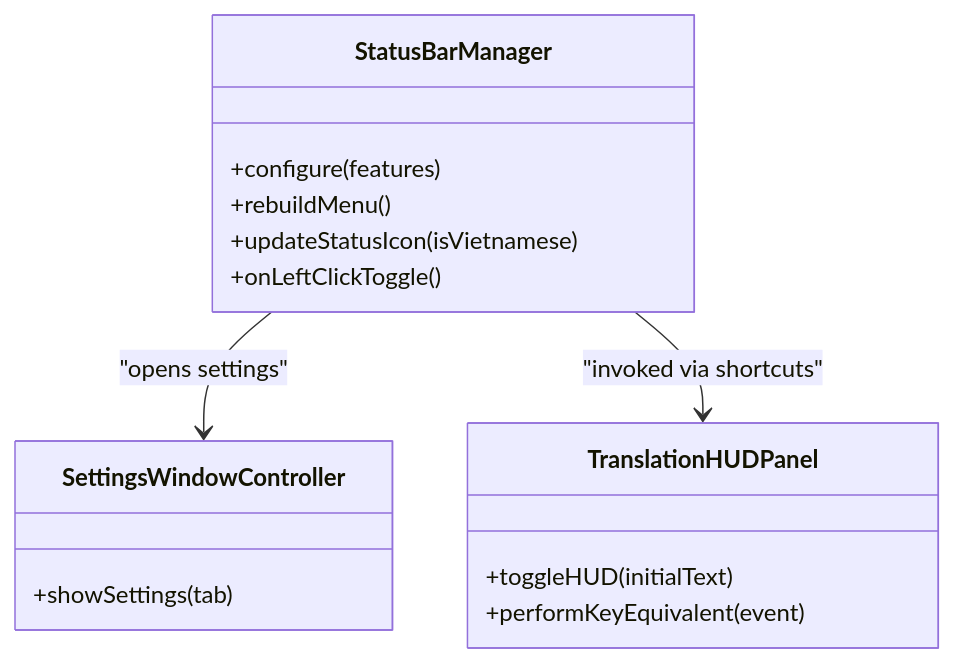
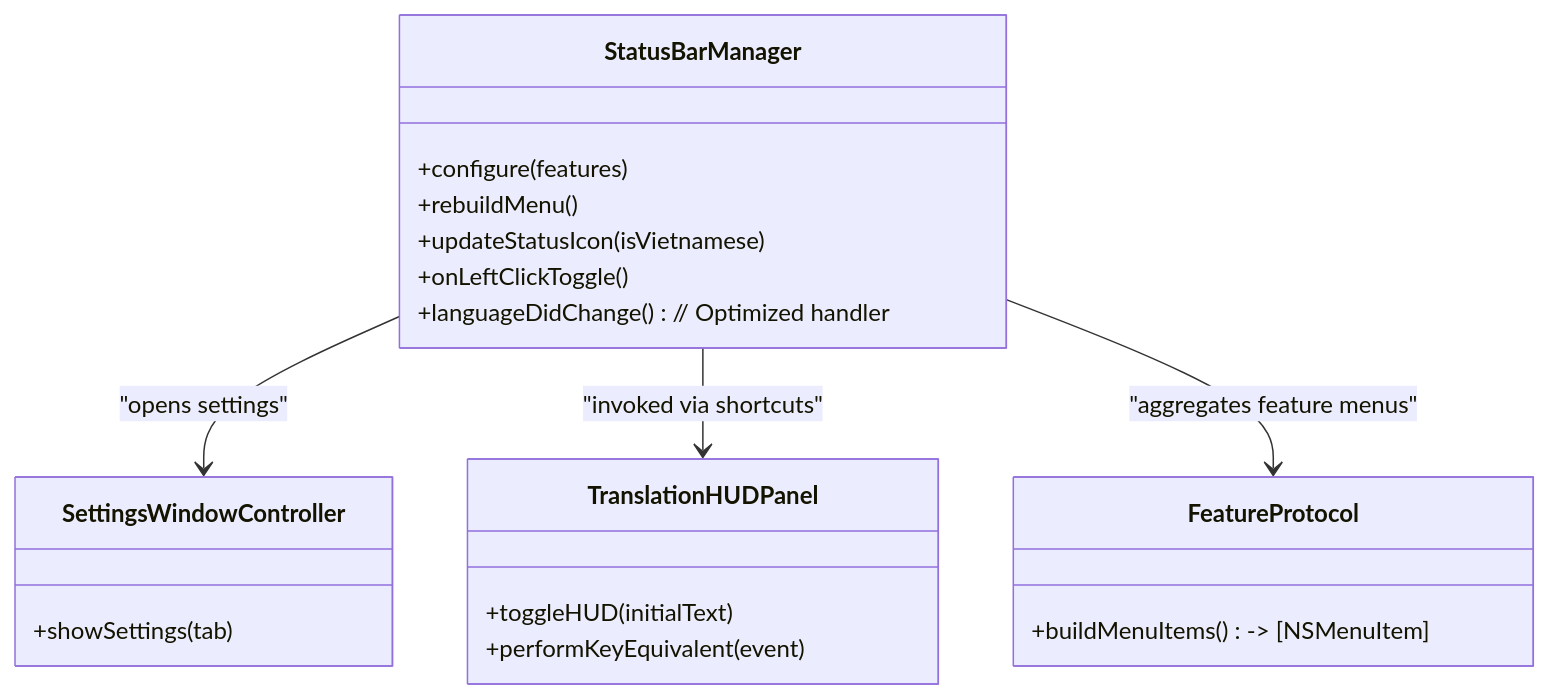
Before and after one commit to Nam088/skey: the third of 9 diagrams in .qoder/repowiki/en/content/macOS Application/macOS Application.md, drawn with Mermaid. The commit also changed other lines of this file and 84 other files, not shown here.

````diff
--- a/.qoder/repowiki/en/content/macOS Application/macOS Application.md
+++ b/.qoder/repowiki/en/content/macOS Application/macOS Application.md
@@ -153,18 +193,23 @@
 ```mermaid
 classDiagram
 class StatusBarManager {
 +configure(features)
 +rebuildMenu()
 +updateStatusIcon(isVietnamese)
 +onLeftClickToggle()
++languageDidChange() // Optimized handler
 }
 class SettingsWindowController {
 +showSettings(tab)
 }
 class TranslationHUDPanel {
 +toggleHUD(initialText)
 +performKeyEquivalent(event)
 }
+class FeatureProtocol {
++buildMenuItems() -> [NSMenuItem]
+}
 StatusBarManager --> SettingsWindowController : "opens settings"
 StatusBarManager --> TranslationHUDPanel : "invoked via shortcuts"
+StatusBarManager --> FeatureProtocol : "aggregates feature menus"
 ```
````
